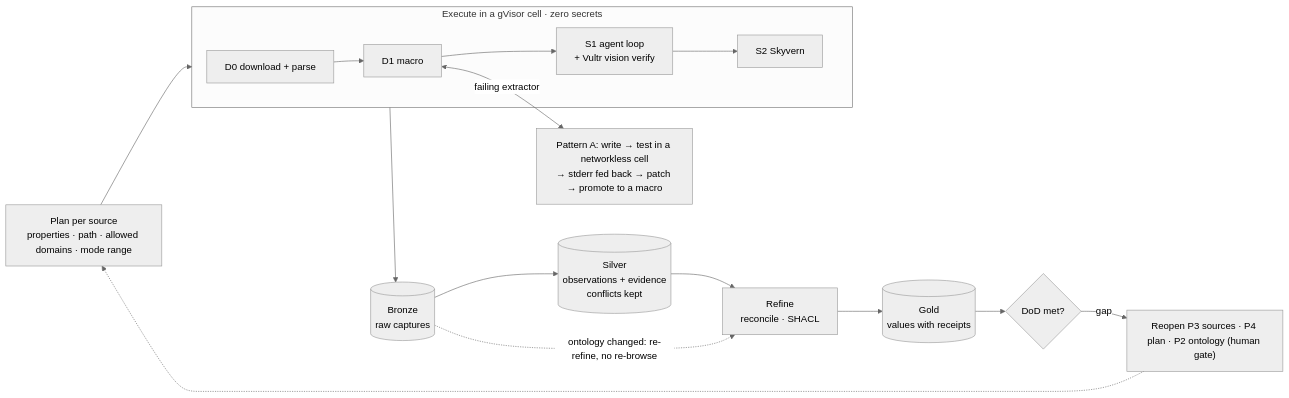
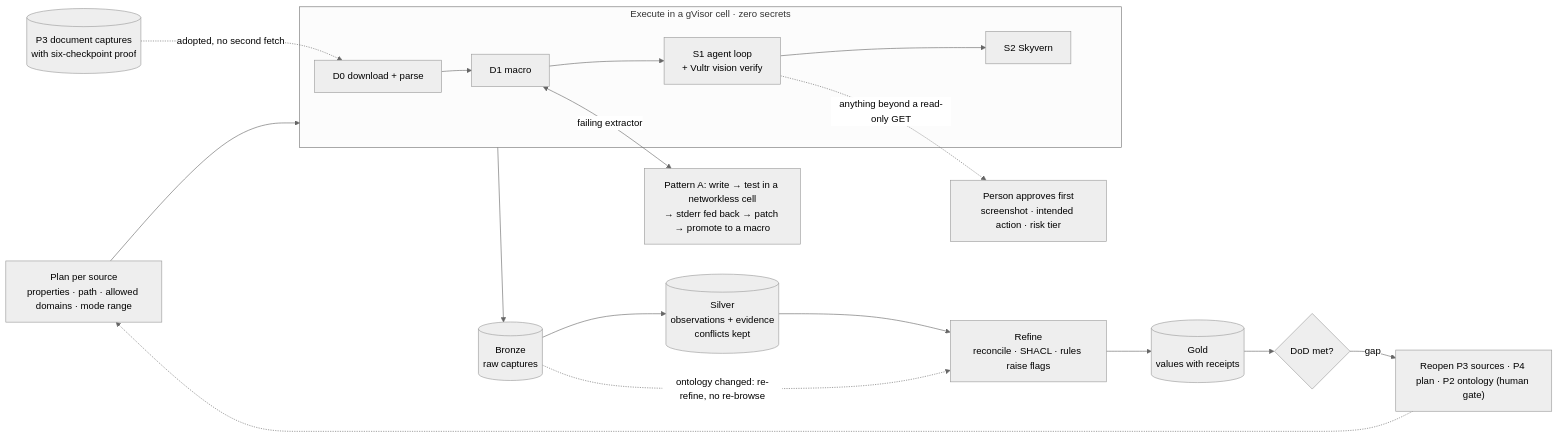
One commit to ricalanis/ontofill changed the third of 3 diagrams in README.md. Above: the diagram before and after it, drawn with Mermaid (neutral theme). The commit also changed other lines of this file, not shown here.

First line of the commit message:
README diagrams: what the live runs taught the engine

````diff
--- a/README.md
+++ b/README.md
@@ -121,15 +125,17 @@
 ```mermaid
 flowchart LR
   plan["Plan per source<br/>properties · path · allowed domains · mode range"] --> cell
   subgraph cell["Execute in a gVisor cell · zero secrets"]
     d0["D0 download + parse"] --> d1["D1 macro"] --> s1["S1 agent loop<br/>+ Vultr vision verify"] --> s2["S2 Skyvern"]
   end
+  p3cap[("P3 document captures<br/>with six-checkpoint proof")] -.->|adopted, no second fetch| d0
+  s1 -.->|anything beyond a read-only GET| gate["Person approves first<br/>screenshot · intended action · risk tier"]
   cell --> bronze[("Bronze<br/>raw captures")]
   d1 <-->|failing extractor| pa["Pattern A: write → test in a networkless cell<br/>→ stderr fed back → patch → promote to a macro"]
   bronze --> silver[("Silver<br/>observations + evidence<br/>conflicts kept")]
-  silver --> refine["Refine<br/>reconcile · SHACL"] --> gold[("Gold<br/>values with receipts")]
+  silver --> refine["Refine<br/>reconcile · SHACL · rules raise flags"] --> gold[("Gold<br/>values with receipts")]
   gold --> dod{"DoD met?"}
   dod -->|gap| reopen["Reopen P3 sources · P4 plan · P2 ontology (human gate)"]
   reopen -.-> plan
   bronze -.->|ontology changed: re-refine, no re-browse| refine
 ```
````
